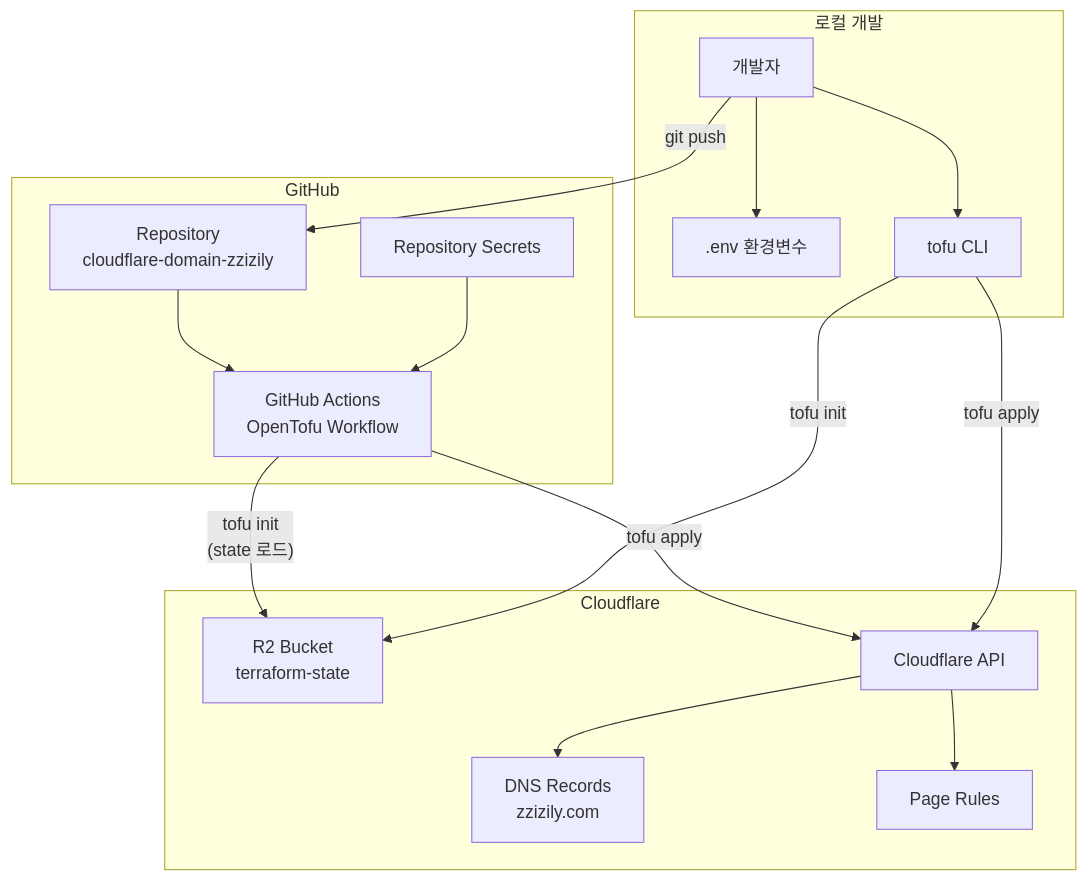
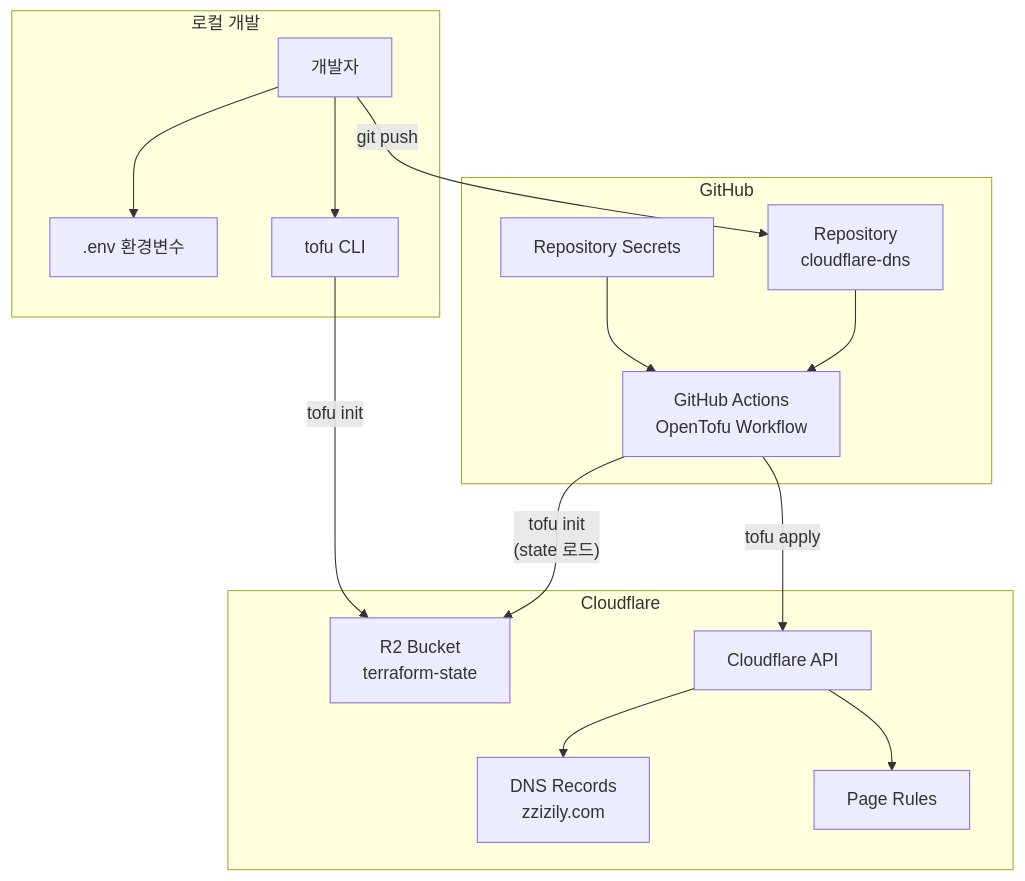
The first of 3 diagrams in README.md (deuxksy/cloudflare-dns), drawn with Mermaid before and after one commit. The commit also changed other lines of this file and 13 other files, not shown here.

````diff
--- a/README.md
+++ b/README.md
@@ -11,33 +11,32 @@
 ```mermaid
 graph TB
     subgraph Local["로컬 개발"]
         dev["개발자"]
         env[".env 환경변수"]
         tofu["tofu CLI"]
         dev --> env
         dev --> tofu
     end
 
     subgraph GitHub["GitHub"]
-        repo["Repository\ncloudflare-domain-zzizily"]
+        repo["Repository\ncloudflare-dns"]
         action["GitHub Actions\nOpenTofu Workflow"]
         secrets["Repository Secrets"]
         repo --> action
         secrets --> action
     end
 
     subgraph Cloudflare["Cloudflare"]
         r2["R2 Bucket\nterraform-state"]
         api["Cloudflare API"]
         dns["DNS Records\nzzizily.com"]
         pr["Page Rules"]
     end
 
     dev -->|"git push"| repo
     action -->|"tofu init\n(state 로드)"| r2
     action -->|"tofu apply"| api
     tofu -->|"tofu init"| r2
-    tofu -->|"tofu apply"| api
     api --> dns
     api --> pr
 ```
````
